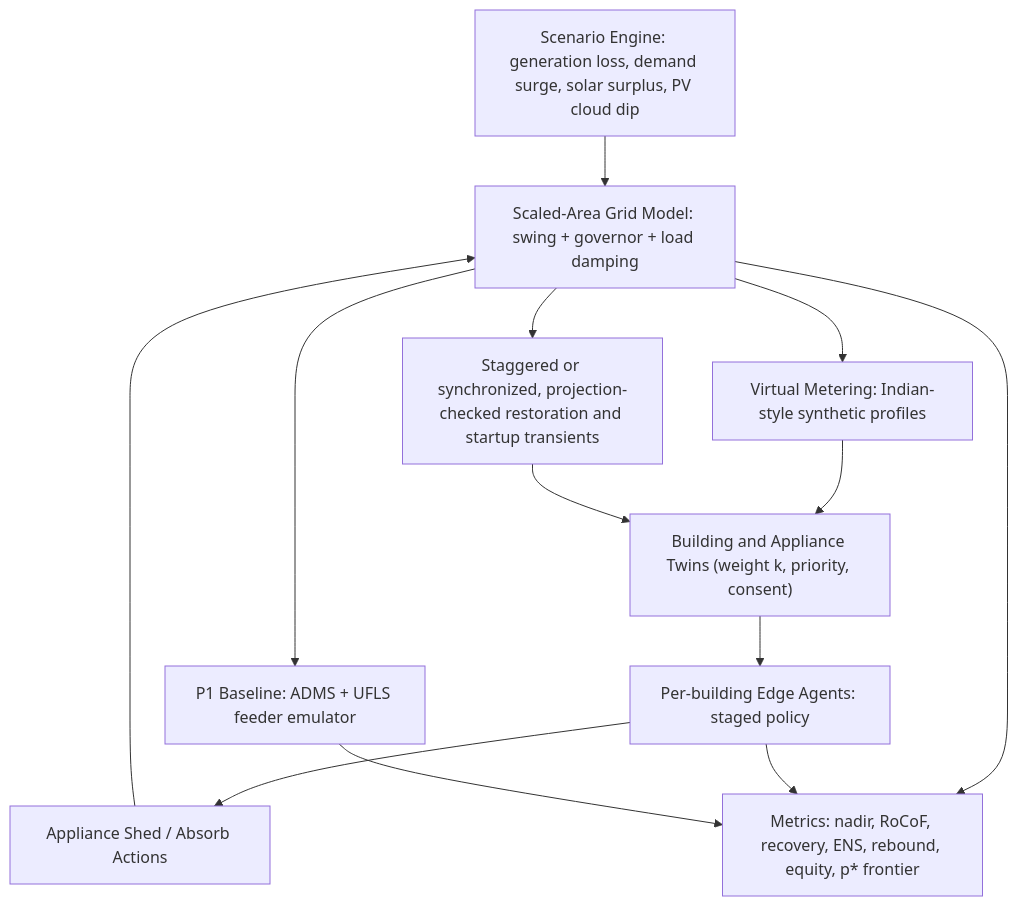
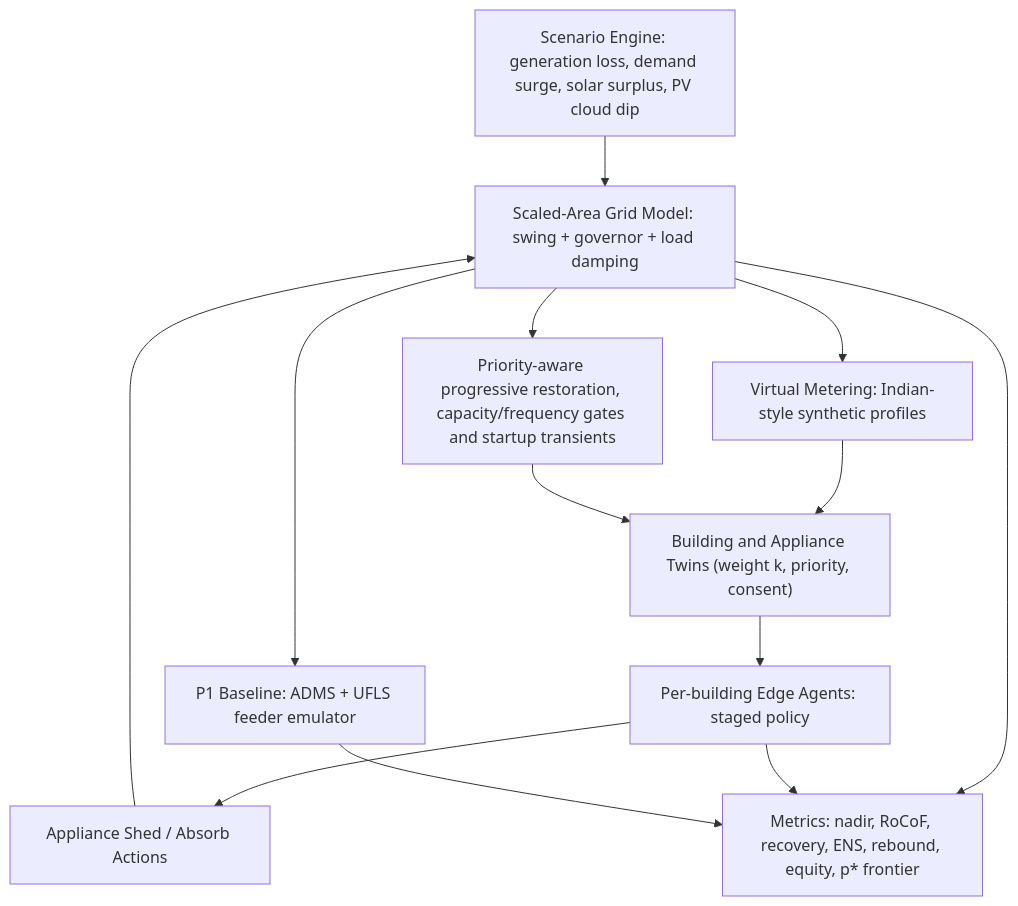
The first of 2 diagrams in gridshield/docs/architecture.md (Ananyakr93/Rakshak-BlackoutFree-Grid), drawn with Mermaid before and after one commit. The commit also changed other lines of this file and 13 other files, not shown here.

Commit message:
Fix progressive capacity-aware load restoration

````diff
--- a/gridshield/docs/architecture.md
+++ b/gridshield/docs/architecture.md
@@ -12,15 +12,15 @@
 ```mermaid
 flowchart TD
     A["Scenario Engine: generation loss, demand surge, solar surplus, PV cloud dip"] --> B["Scaled-Area Grid Model: swing + governor + load damping"]
     B --> C["Virtual Metering: Indian-style synthetic profiles"]
     C --> D["Building and Appliance Twins (weight k, priority, consent)"]
     D --> E["Per-building Edge Agents: staged policy"]
     E --> F["Appliance Shed / Absorb Actions"]
     F --> B
-    B --> G["Staggered or synchronized, projection-checked restoration and startup transients"]
+    B --> G["Priority-aware progressive restoration, capacity/frequency gates and startup transients"]
     G --> D
     B --> H["P1 Baseline: ADMS + UFLS feeder emulator"]
     B --> I["Metrics: nadir, RoCoF, recovery, ENS, rebound, equity, p* frontier"]
     E --> I
     H --> I
 ```
````
